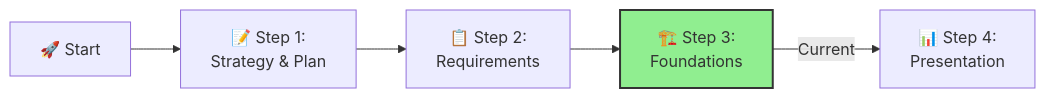
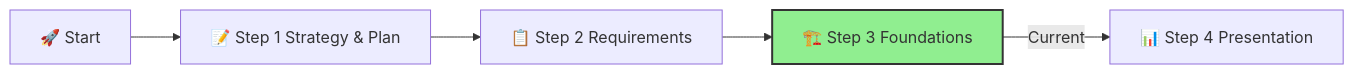
One commit to briandenicola/xlr8-e2eaisolutions changed the diagram in docs/01-aiready/ifs-ready-step3-foundations.md. Above: the diagram before and after it, drawn with Mermaid. The commit also changed other lines of this file and 17 other files, not shown here.

````diff
--- a/docs/01-aiready/ifs-ready-step3-foundations.md
+++ b/docs/01-aiready/ifs-ready-step3-foundations.md
@@ -21,8 +25,8 @@
 ```mermaid
 flowchart LR
-    A[🚀 Start] --> B[📝 Step 1:\nStrategy & Plan]
-    B --> C[📋 Step 2:\nRequirements]
-    C --> D[🏗️ Step 3:\nFoundations]
-    D -->|Current| E[📊 Step 4:\nPresentation]
+    A[🚀 Start] --> B[📝 Step 1 Strategy & Plan]
+    B --> C[📋 Step 2 Requirements]
+    C --> D[🏗️ Step 3 Foundations]
+    D -->|Current| E[📊 Step 4 Presentation]
     style D fill:#90EE90,stroke:#333,stroke-width:2px
 ```
````
